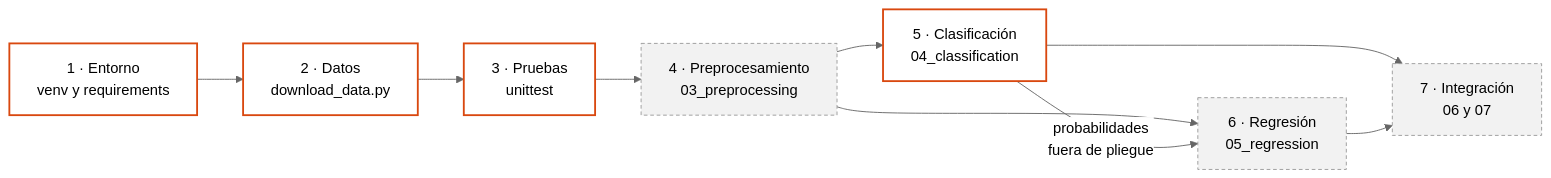
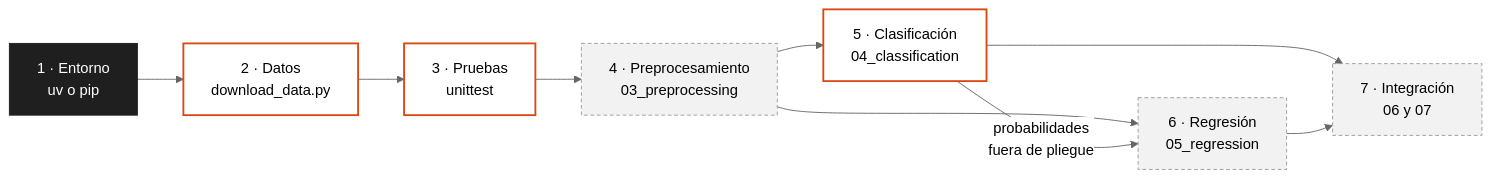
One commit to albertxestrada/ProyectoAprendizajeSupervisado changed the second of 3 diagrams in README.md. Above: the diagram before and after it, drawn with Mermaid. The commit also changed other lines of this file and 4 other files, not shown here.

````diff
--- a/README.md
+++ b/README.md
@@ -63,16 +63,16 @@
 ```mermaid
 %%{init: {'theme':'neutral'}}%%
 flowchart LR
-    E["1 · Entorno<br>venv y requirements"]:::partial --> D["2 · Datos<br>download_data.py"]:::partial
+    E["1 · Entorno<br>uv o pip"]:::done --> D["2 · Datos<br>download_data.py"]:::partial
     D --> T["3 · Pruebas<br>unittest"]:::partial
     T --> P["4 · Preprocesamiento<br>03_preprocessing"]:::pending
     P --> C["5 · Clasificación<br>04_classification"]:::partial
     P --> R["6 · Regresión<br>05_regression"]:::pending
     C -- "probabilidades<br>fuera de pliegue" --> R
     C --> I["7 · Integración<br>06 y 07"]:::pending
     R --> I
 
     classDef done fill:#1f1f1f,color:#fff,stroke:#1f1f1f;
     classDef partial fill:#fff,stroke:#d9480f,stroke-width:2px;
     classDef pending fill:#f2f2f2,stroke:#9a9a9a,stroke-dasharray:4 3;
 ```
````
